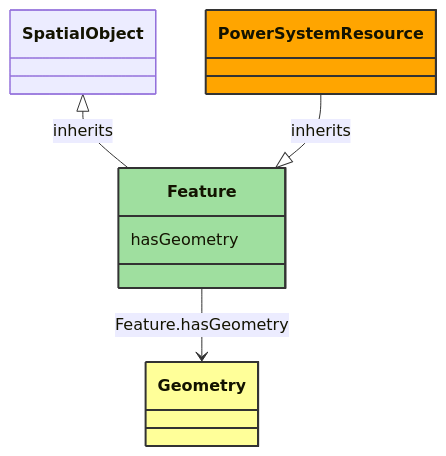
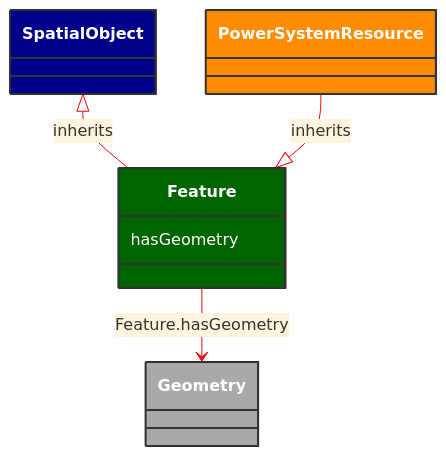
One commit to 3lbits/NoCIMExtensions changed the diagram in docs/Models/Profiles/WattApp/ConcreteClasses/Feature.md. Above: the diagram before and after it, drawn with Mermaid. The commit also changed 16 other files, not shown here.

Commit message:
Fixed mermaid colors and footer issue

````diff
--- a/docs/Models/Profiles/WattApp/ConcreteClasses/Feature.md
+++ b/docs/Models/Profiles/WattApp/ConcreteClasses/Feature.md
@@ -8,27 +8,28 @@
 ```mermaid
+%%{init: {'theme':'base','themeVariables': {'lineColor': '#FF0000'}}}%%
 classDiagram
     class Feature
     click Feature href "/Models/Profiles/WattApp/ConcreteClasses/Feature/"
-    style Feature fill:#9fdf9f,stroke:#333,stroke-width:2px,rx:10,ry:10
+    style Feature fill:#006400,stroke:#333,stroke-width:2px,rx:10,ry:10,color:white
 
         SpatialObject <|-- Feature : inherits
             click SpatialObject href "/Models/Profiles/WattApp/ConcreteClasses/SpatialObject/"
-            style SpatialObject rx:10,ry:10
+            style SpatialObject fill:#00008B,stroke:#333,stroke-width:2px,rx:10,ry:10,color:white
 
         Feature
             click Feature href "/Models/Profiles/WattApp/ConcreteClasses/Feature/"
-            style Feature rx:10,ry:10
+            style SpatialObject fill:#00008B,stroke:#333,stroke-width:2px,rx:10,ry:10,color:white
 
         PowerSystemResource --|> Feature : inherits
             click PowerSystemResource href "/Models/Profiles/WattApp/AbstractClasses/PowerSystemResource/"
-            style PowerSystemResource fill:#FFA500,stroke:#333,stroke-width:2px,rx:10,ry:10
+            style PowerSystemResource fill:#FF8C00,stroke:#333,stroke-width:2px,rx:10,ry:10,color:white
 
         Feature --> Geometry : Feature.hasGeometry
 
         Geometry
             click Geometry href "/Models/Profiles/WattApp/ConcreteClasses/Geometry/"
-            style Geometry fill:#ffff99,stroke:#333,stroke-width:2px,rx:10,ry:10
+            style Geometry fill:#A9A9A9,stroke:#333,stroke-width:2px,rx:10,ry:10,color:white
 
 
         Feature : hasGeometry
 ```
````
